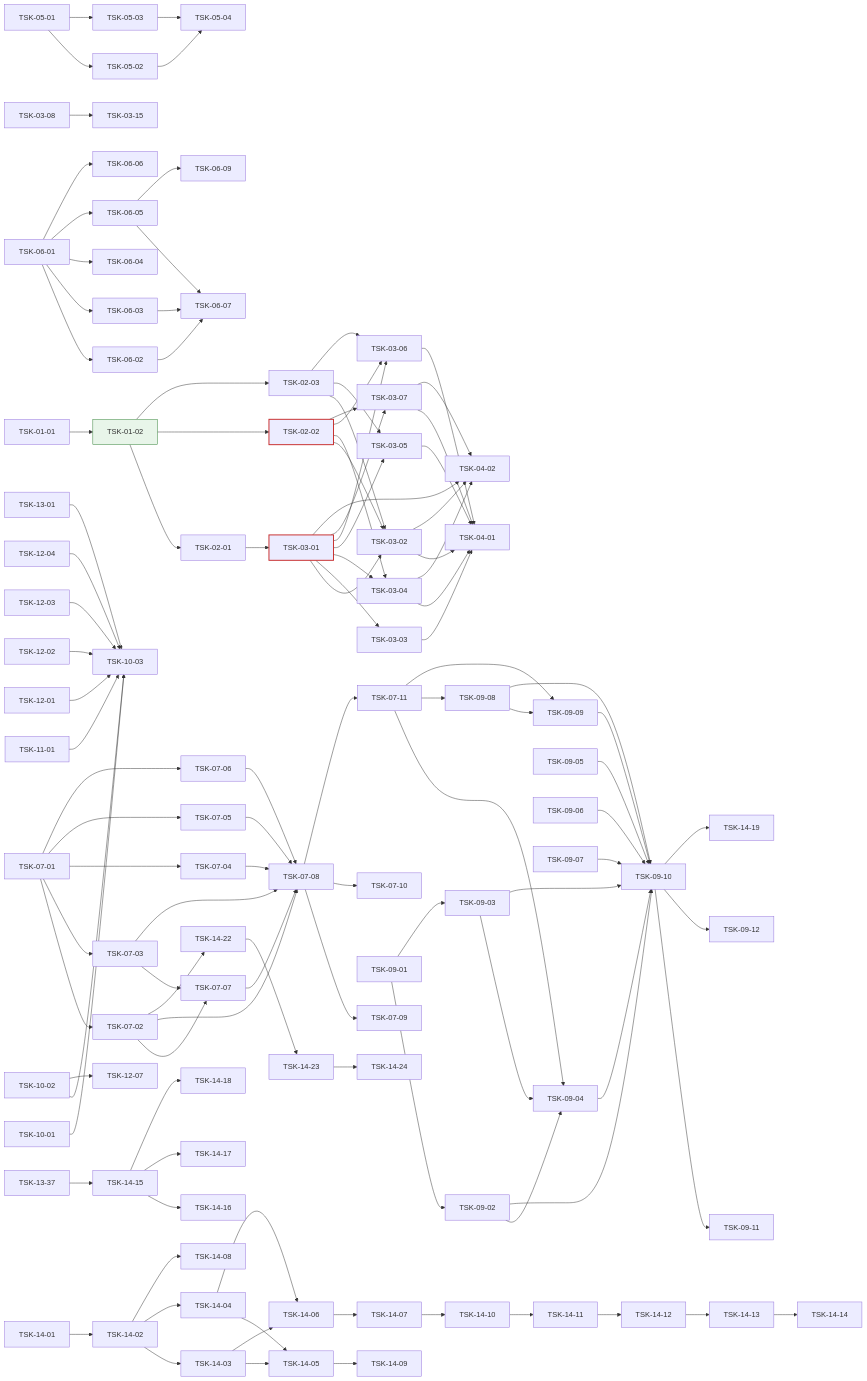
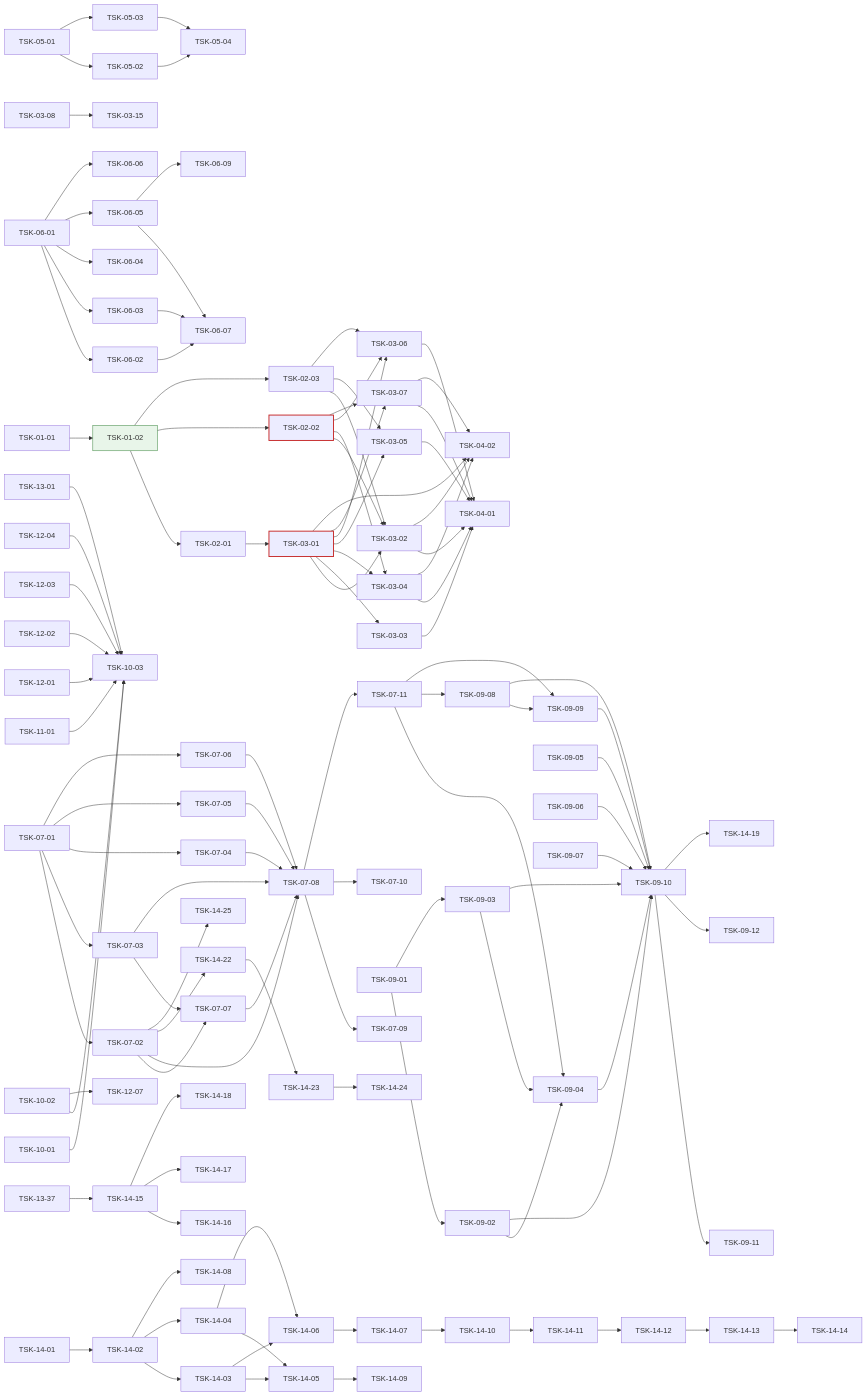
The diagram in docs/oranda1/wbs.md (jongik-sv/oranda), drawn with Mermaid before and after one commit. The commit also changed other lines of this file and 25 other files, not shown here.

First line of the commit message:
feat(schema): pick several object types with a checklist dropdown

```diff
--- a/docs/oranda1/wbs.md
+++ b/docs/oranda1/wbs.md
@@ -1340,6 +1352,7 @@
   TSK-07-02 --> TSK-14-22
   TSK-14-22 --> TSK-14-23
   TSK-14-23 --> TSK-14-24
+  TSK-07-02 --> TSK-14-25
   style TSK-01-02 fill:#e8f5e9,stroke:#2e7d32
   style TSK-03-01 stroke:#c62828,stroke-width:2px
   style TSK-02-02 stroke:#c62828,stroke-width:2px
```
